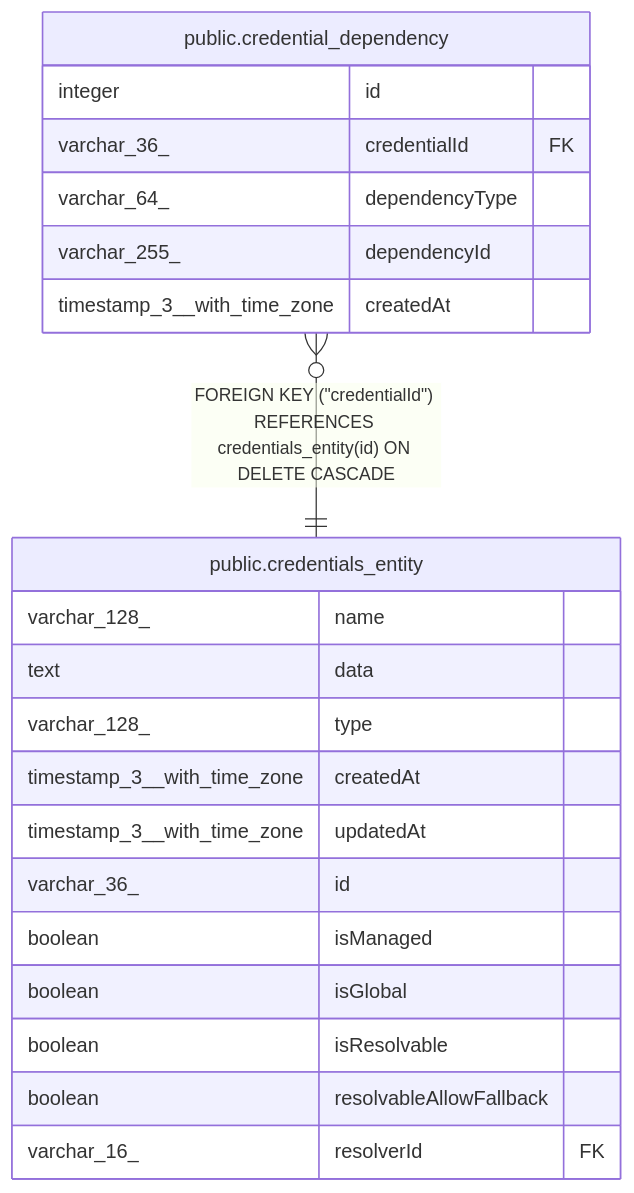
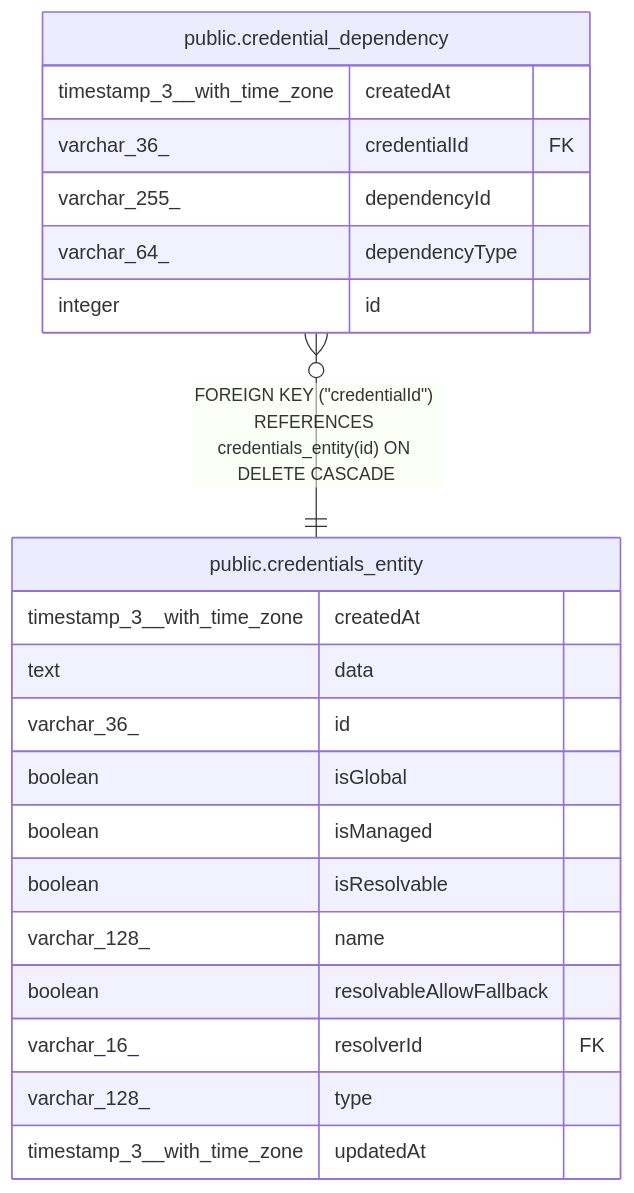
The diagram in docs/generated/postgres-schema/public.credential_dependency.md (mayankjain1815-commits/n8n), drawn with Mermaid before and after one commit. The commit also changed other lines of this file and 221 other files, not shown here.

Commit message:
chore(core): Make DB schema docs generation deterministic (#32373)

````diff
--- a/docs/generated/postgres-schema/public.credential_dependency.md
+++ b/docs/generated/postgres-schema/public.credential_dependency.md
@@ -36,26 +36,26 @@
 ```mermaid
 erDiagram
 
 "public.credential_dependency" }o--|| "public.credentials_entity" : "FOREIGN KEY (#quot;credentialId#quot;) REFERENCES credentials_entity(id) ON DELETE CASCADE"
 
 "public.credential_dependency" {
+  timestamp_3__with_time_zone createdAt
+  varchar_36_ credentialId FK
+  varchar_255_ dependencyId
+  varchar_64_ dependencyType
   integer id
-  varchar_36_ credentialId FK
-  varchar_64_ dependencyType
-  varchar_255_ dependencyId
-  timestamp_3__with_time_zone createdAt
 }
 "public.credentials_entity" {
+  timestamp_3__with_time_zone createdAt
+  text data
+  varchar_36_ id
+  boolean isGlobal
+  boolean isManaged
+  boolean isResolvable
   varchar_128_ name
-  text data
-  varchar_128_ type
-  timestamp_3__with_time_zone createdAt
-  timestamp_3__with_time_zone updatedAt
-  varchar_36_ id
-  boolean isManaged
-  boolean isGlobal
-  boolean isResolvable
   boolean resolvableAllowFallback
   varchar_16_ resolverId FK
+  varchar_128_ type
+  timestamp_3__with_time_zone updatedAt
 }
 ```
````
